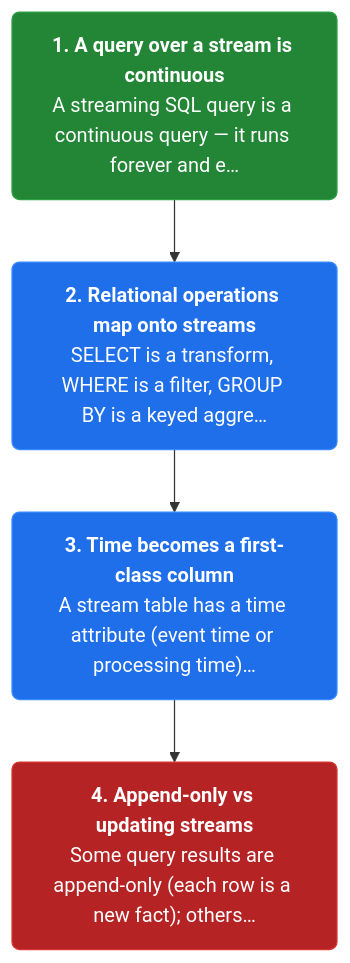
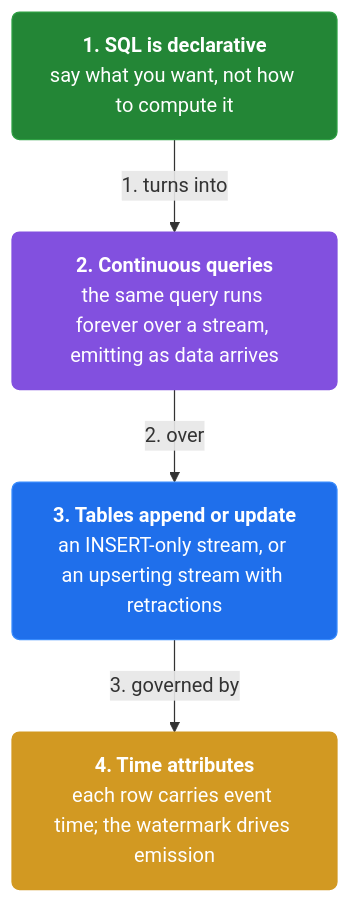
One commit to vinayakuber/streaming-systems-study-guide changed the first of 19 diagrams in docs/ch08-streaming-sql.md. Above: the diagram before and after it, drawn with Mermaid. The commit also changed other lines of this file and 12 other files, not shown here.

First line of the commit message:
Author per-section and per-card mermaid diagrams (110 diagrams)

````diff
--- a/docs/ch08-streaming-sql.md
+++ b/docs/ch08-streaming-sql.md
@@ -13,13 +13,15 @@
 ```mermaid
 flowchart TD
-  classDef step fill:#1f6feb,color:#ffffff,stroke:#388bfd,stroke-width:1px,rx:6
+  classDef step fill:#1f6feb,color:#ffffff,stroke:#388bfd,rx:6
+  classDef core fill:#8250df,color:#ffffff,stroke:#8250df,rx:6
+  classDef warn fill:#d29922,color:#ffffff,stroke:#d29922,rx:6
   classDef start fill:#238636,color:#ffffff,stroke:#2ea043,rx:6
   classDef stop fill:#b62324,color:#ffffff,stroke:#da3633,rx:6
-  s0n0["<b>1. A query over a stream is continuous</b><br/>A streaming SQL query is a continuous query — it runs forever and e…"]:::start
-  s0n1["<b>2. Relational operations map onto streams</b><br/>SELECT is a transform, WHERE is a filter, GROUP BY is a keyed aggre…"]:::step
-  s0n2["<b>3. Time becomes a first-class column</b><br/>A stream table has a time attribute (event time or processing time)…"]:::step
-  s0n3["<b>4. Append-only vs updating streams</b><br/>Some query results are append-only (each row is a new fact); others…"]:::stop
-  s0n0 --> s0n1
-  s0n1 --> s0n2
-  s0n2 --> s0n3
+  n0["<b>1. SQL is declarative</b><br/>say what you want, not how to compute it"]:::start
+  n1["<b>2. Continuous queries</b><br/>the same query runs forever over a stream, emitting as data arrives"]:::core
+  n2["<b>3. Tables append or update</b><br/>an INSERT-only stream, or an upserting stream with retractions"]:::step
+  n3["<b>4. Time attributes</b><br/>each row carries event time; the watermark drives emission"]:::warn
+  n0 -->|"1. turns into"| n1
+  n1 -->|"2. over"| n2
+  n2 -->|"3. governed by"| n3
 ```
````
